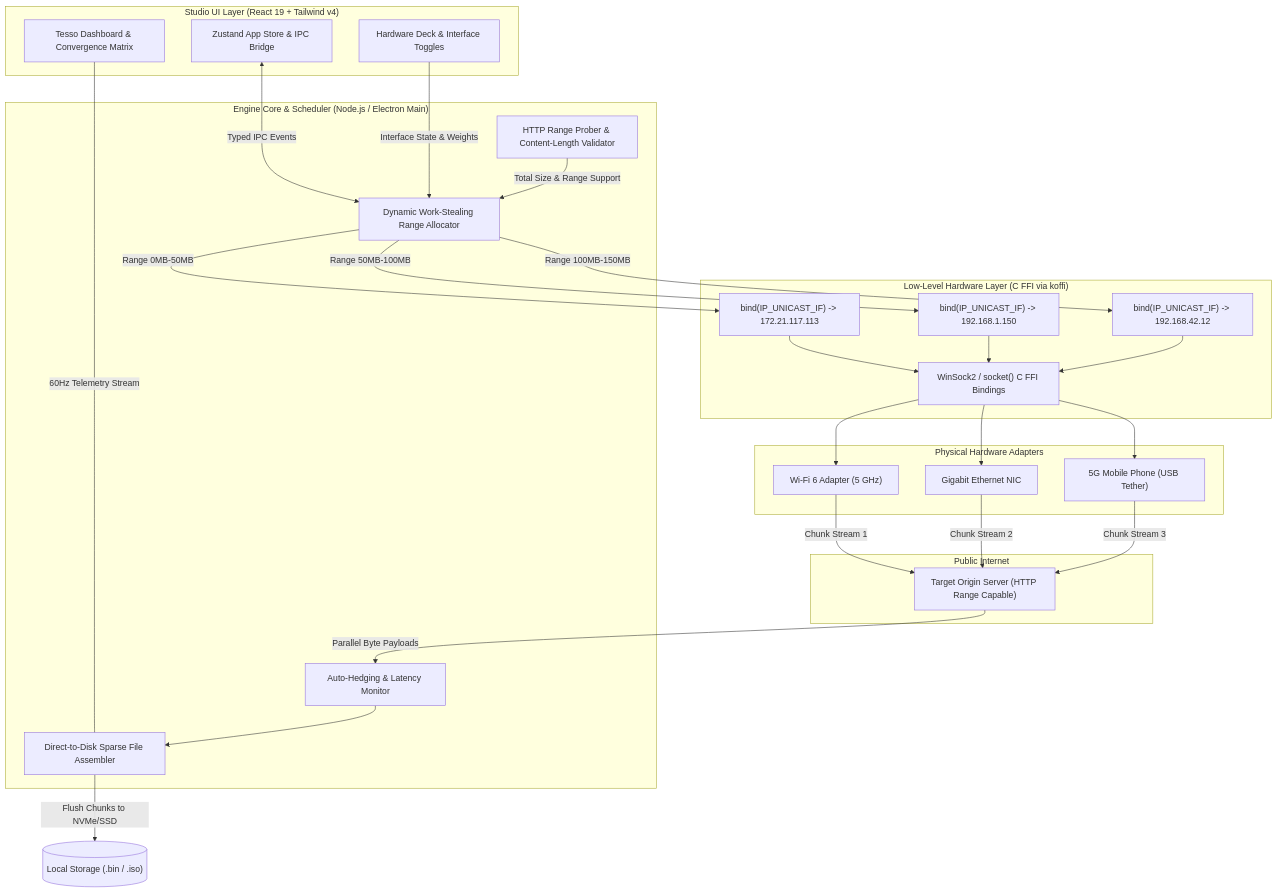
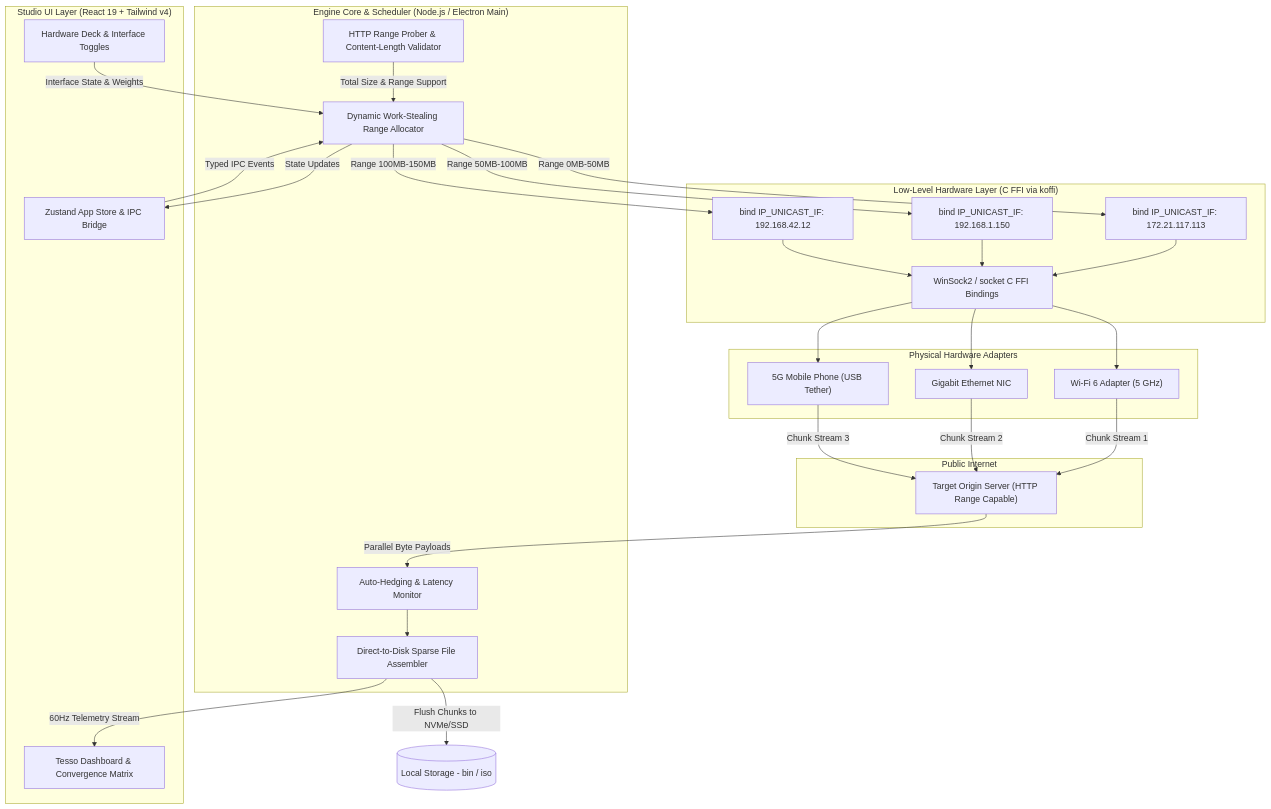
One commit to dhairya-404/BandForge changed the diagram in README.md. Above: the diagram before and after it, drawn with Mermaid. The commit also changed 2 other files, not shown here.

Commit message:
fix(docs): repair Mermaid architecture diagram syntax for GitHub rich display

````diff
--- a/README.md
+++ b/README.md
@@ -113,57 +113,58 @@
 ```mermaid
 flowchart TD
     subgraph UI ["Studio UI Layer (React 19 + Tailwind v4)"]
         UI_Dash["Tesso Dashboard & Convergence Matrix"]
         UI_Deck["Hardware Deck & Interface Toggles"]
         UI_Store["Zustand App Store & IPC Bridge"]
     end
 
     subgraph Core ["Engine Core & Scheduler (Node.js / Electron Main)"]
         Probe["HTTP Range Prober & Content-Length Validator"]
         Scheduler["Dynamic Work-Stealing Range Allocator"]
         Failover["Auto-Hedging & Latency Monitor"]
         DiskWriter["Direct-to-Disk Sparse File Assembler"]
     end
 
     subgraph Native ["Low-Level Hardware Layer (C FFI via koffi)"]
-        WinSock["WinSock2 / socket() C FFI Bindings"]
-        Bind_WiFi["bind(IP_UNICAST_IF) -> 172.21.117.113"]
-        Bind_Eth["bind(IP_UNICAST_IF) -> 192.168.1.150"]
-        Bind_USB["bind(IP_UNICAST_IF) -> 192.168.42.12"]
+        WinSock["WinSock2 / socket C FFI Bindings"]
+        Bind_WiFi["bind IP_UNICAST_IF: 172.21.117.113"]
+        Bind_Eth["bind IP_UNICAST_IF: 192.168.1.150"]
+        Bind_USB["bind IP_UNICAST_IF: 192.168.42.12"]
     end
 
     subgraph Physical ["Physical Hardware Adapters"]
         Adapter_WiFi["Wi-Fi 6 Adapter (5 GHz)"]
         Adapter_Eth["Gigabit Ethernet NIC"]
         Adapter_USB["5G Mobile Phone (USB Tether)"]
     end
 
     subgraph Remote ["Public Internet"]
         Web_Server["Target Origin Server (HTTP Range Capable)"]
     end
 
-    UI_Store <--> |Typed IPC Events| Scheduler
-    UI_Dash <--- |60Hz Telemetry Stream| DiskWriter
-    UI_Deck ---> |Interface State & Weights| Scheduler
+    UI_Store -->|"Typed IPC Events"| Scheduler
+    Scheduler -->|"State Updates"| UI_Store
+    DiskWriter -->|"60Hz Telemetry Stream"| UI_Dash
+    UI_Deck -->|"Interface State & Weights"| Scheduler
 
-    Probe --> |Total Size & Range Support| Scheduler
-    Scheduler --> |Range 0MB-50MB| Bind_WiFi
-    Scheduler --> |Range 50MB-100MB| Bind_Eth
-    Scheduler --> |Range 100MB-150MB| Bind_USB
+    Probe -->|"Total Size & Range Support"| Scheduler
+    Scheduler -->|"Range 0MB-50MB"| Bind_WiFi
+    Scheduler -->|"Range 50MB-100MB"| Bind_Eth
+    Scheduler -->|"Range 100MB-150MB"| Bind_USB
 
     Bind_WiFi --> WinSock
     Bind_Eth --> WinSock
     Bind_USB --> WinSock
 
     WinSock --> Adapter_WiFi
     WinSock --> Adapter_Eth
     WinSock --> Adapter_USB
 
-    Adapter_WiFi --> |Chunk Stream 1| Web_Server
-    Adapter_Eth --> |Chunk Stream 2| Web_Server
-    Adapter_USB --> |Chunk Stream 3| Web_Server
+    Adapter_WiFi -->|"Chunk Stream 1"| Web_Server
+    Adapter_Eth -->|"Chunk Stream 2"| Web_Server
+    Adapter_USB -->|"Chunk Stream 3"| Web_Server
 
-    Web_Server --> |Parallel Byte Payloads| Failover
+    Web_Server -->|"Parallel Byte Payloads"| Failover
     Failover --> DiskWriter
-    DiskWriter --> |Flush Chunks to NVMe/SSD| Local_Disk[("Local Storage (.bin / .iso)")]
+    DiskWriter -->|"Flush Chunks to NVMe/SSD"| Local_Disk[("Local Storage - bin / iso")]
 ```
````
